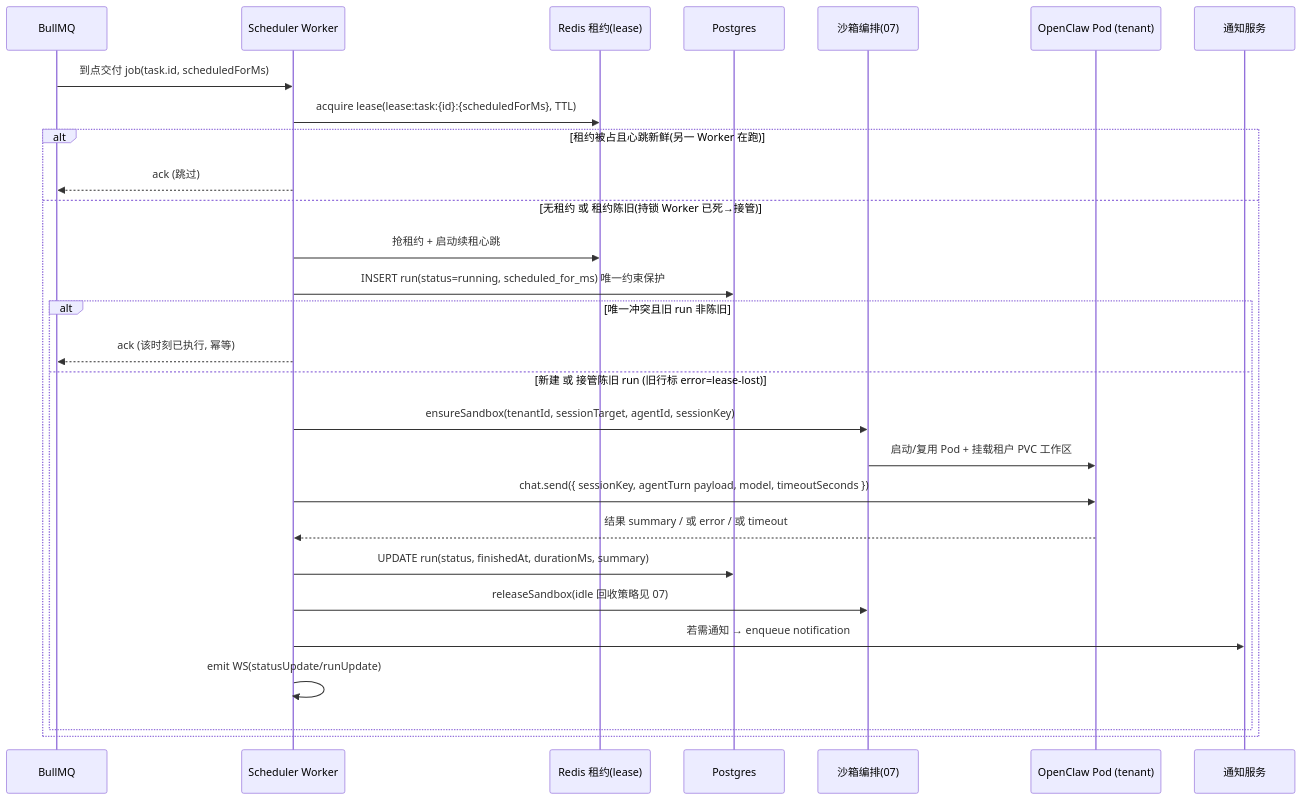
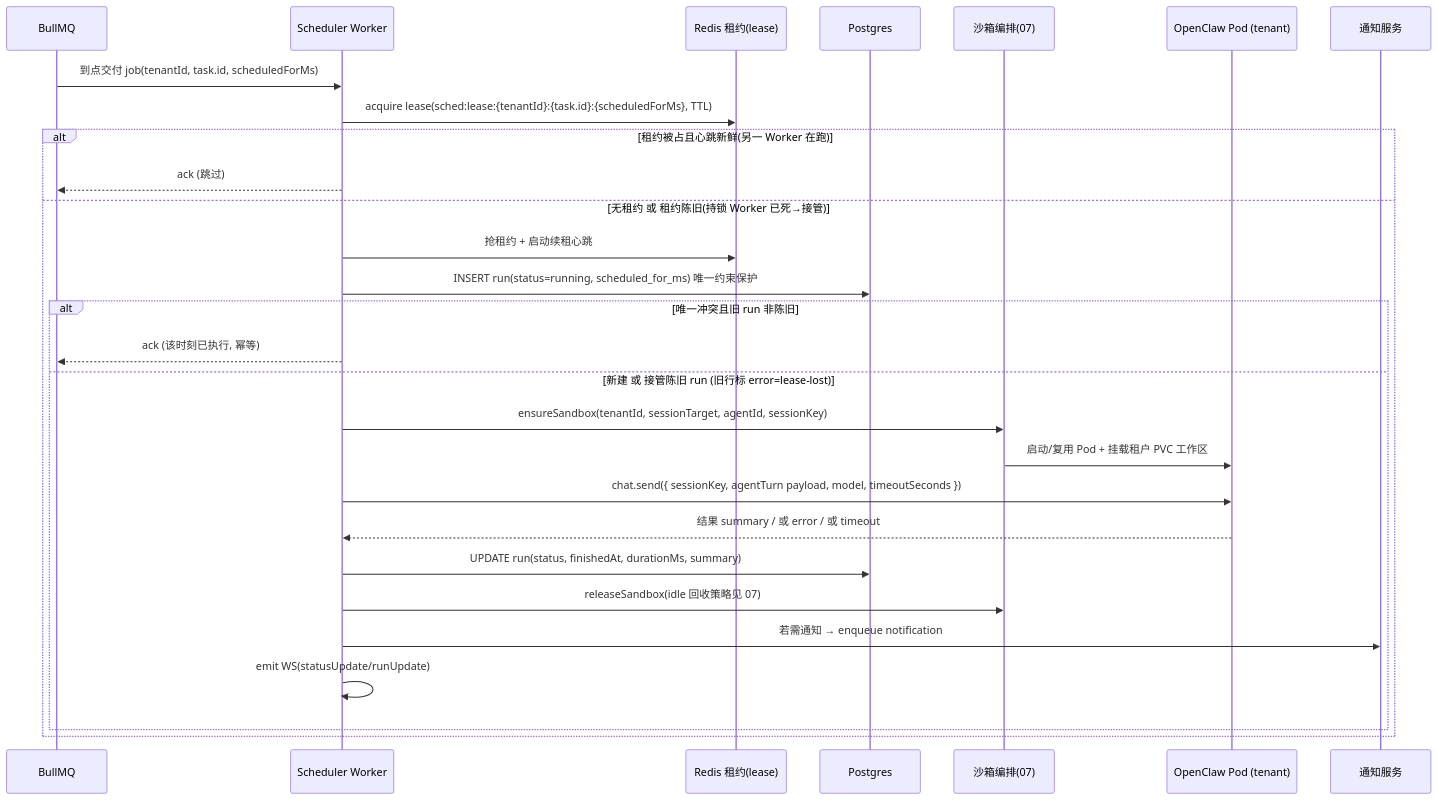
The fourth of 6 diagrams in 改造计划/11-定时任务调度.md (edward-ng-duke/LobsterAI), drawn with Mermaid before and after one commit. The commit also changed other lines of this file and 27 other files, not shown here.

````diff
--- a/改造计划/11-定时任务调度.md
+++ b/改造计划/11-定时任务调度.md
@@ -342,31 +342,31 @@
 ```mermaid
 sequenceDiagram
     participant Q as BullMQ
     participant W as Scheduler Worker
     participant Lock as Redis 租约(lease)
     participant PG as Postgres
     participant Orch as 沙箱编排(07)
     participant Pod as OpenClaw Pod (tenant)
     participant N as 通知服务
 
-    Q->>W: 到点交付 job(task.id, scheduledForMs)
-    W->>Lock: acquire lease(lease:task:{id}:{scheduledForMs}, TTL)
+    Q->>W: 到点交付 job(tenantId, task.id, scheduledForMs)
+    W->>Lock: acquire lease(sched:lease:{tenantId}:{task.id}:{scheduledForMs}, TTL)
     alt 租约被占且心跳新鲜(另一 Worker 在跑)
         W-->>Q: ack (跳过)
     else 无租约 或 租约陈旧(持锁 Worker 已死→接管)
         W->>Lock: 抢租约 + 启动续租心跳
         W->>PG: INSERT run(status=running, scheduled_for_ms) 唯一约束保护
         alt 唯一冲突且旧 run 非陈旧
             W-->>Q: ack (该时刻已执行, 幂等)
         else 新建 或 接管陈旧 run (旧行标 error=lease-lost)
             W->>Orch: ensureSandbox(tenantId, sessionTarget, agentId, sessionKey)
             Orch->>Pod: 启动/复用 Pod + 挂载租户 PVC 工作区
             W->>Pod: chat.send({ sessionKey, agentTurn payload, model, timeoutSeconds })
             Pod-->>W: 结果 summary / 或 error / 或 timeout
             W->>PG: UPDATE run(status, finishedAt, durationMs, summary)
             W->>Orch: releaseSandbox(idle 回收策略见 07)
             W->>N: 若需通知 → enqueue notification
             W->>W: emit WS(statusUpdate/runUpdate)
         end
     end
 ```
````
